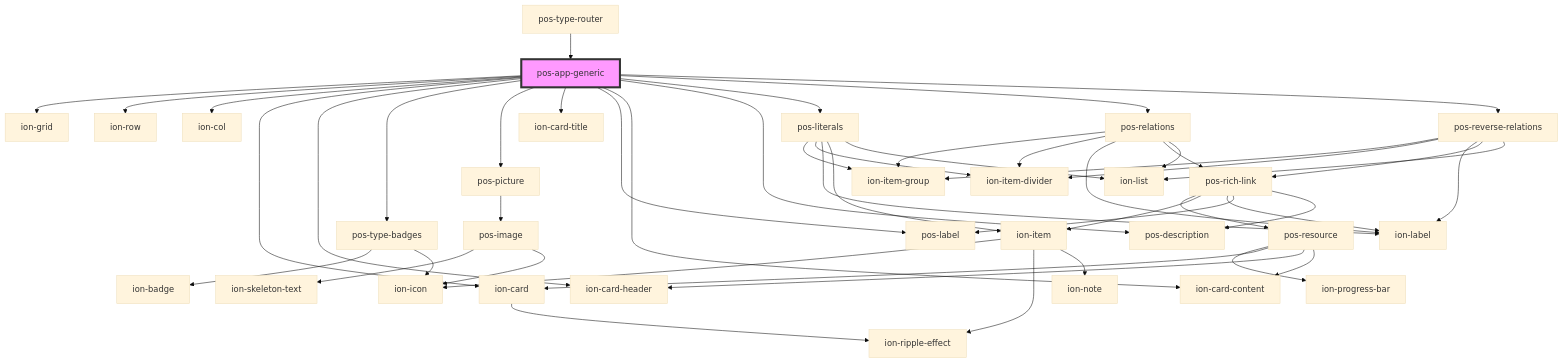
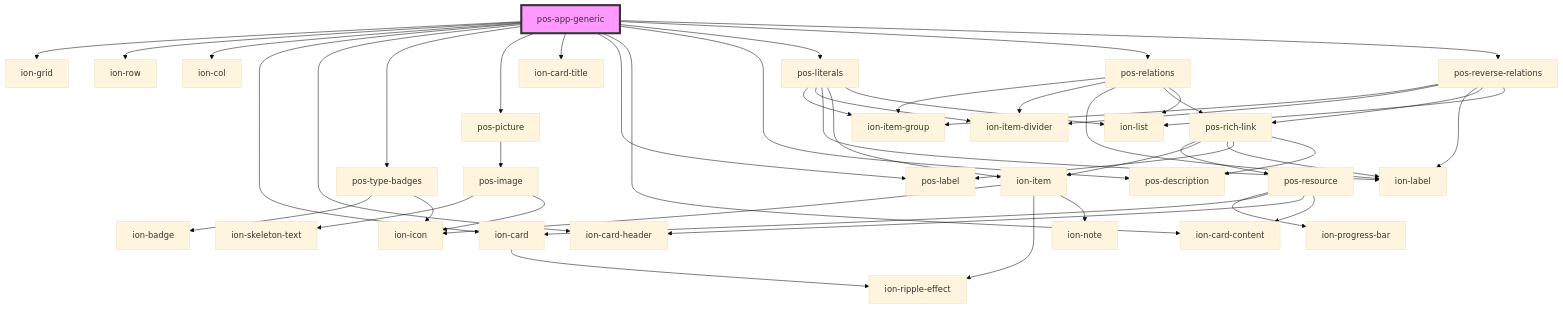
The diagram in docs/elements/apps/pos-app-generic/readme.md (pod-os/PodOS), drawn with Mermaid (base theme) before and after one commit. The commit also changed other lines of this file and 10 other files, not shown here.

````diff
--- a/docs/elements/apps/pos-app-generic/readme.md
+++ b/docs/elements/apps/pos-app-generic/readme.md
@@ -32,52 +28,51 @@
 ```mermaid
 graph TD;
   pos-app-generic --> ion-grid
   pos-app-generic --> ion-row
   pos-app-generic --> ion-col
   pos-app-generic --> ion-card
   pos-app-generic --> ion-card-header
   pos-app-generic --> pos-type-badges
   pos-app-generic --> pos-picture
   pos-app-generic --> ion-card-title
   pos-app-generic --> pos-label
   pos-app-generic --> ion-card-content
   pos-app-generic --> pos-description
   pos-app-generic --> pos-literals
   pos-app-generic --> pos-relations
   pos-app-generic --> pos-reverse-relations
   ion-card --> ion-ripple-effect
   pos-type-badges --> ion-badge
   pos-type-badges --> ion-icon
   pos-picture --> pos-image
   pos-image --> ion-skeleton-text
   pos-image --> ion-icon
   pos-literals --> ion-item-group
   pos-literals --> ion-item-divider
   pos-literals --> ion-label
   pos-literals --> ion-item
   pos-literals --> ion-list
   ion-item --> ion-icon
   ion-item --> ion-ripple-effect
   ion-item --> ion-note
   pos-relations --> ion-item-group
   pos-relations --> ion-item-divider
   pos-relations --> ion-label
   pos-relations --> pos-rich-link
   pos-relations --> ion-list
   pos-rich-link --> pos-resource
   pos-rich-link --> ion-item
   pos-rich-link --> ion-label
   pos-rich-link --> pos-label
   pos-rich-link --> pos-description
   pos-resource --> ion-progress-bar
   pos-resource --> ion-card
   pos-resource --> ion-card-header
   pos-resource --> ion-card-content
   pos-reverse-relations --> ion-item-group
   pos-reverse-relations --> ion-item-divider
   pos-reverse-relations --> ion-label
   pos-reverse-relations --> pos-rich-link
   pos-reverse-relations --> ion-list
-  pos-type-router --> pos-app-generic
   style pos-app-generic fill:#f9f,stroke:#333,stroke-width:4px
 ```
````
